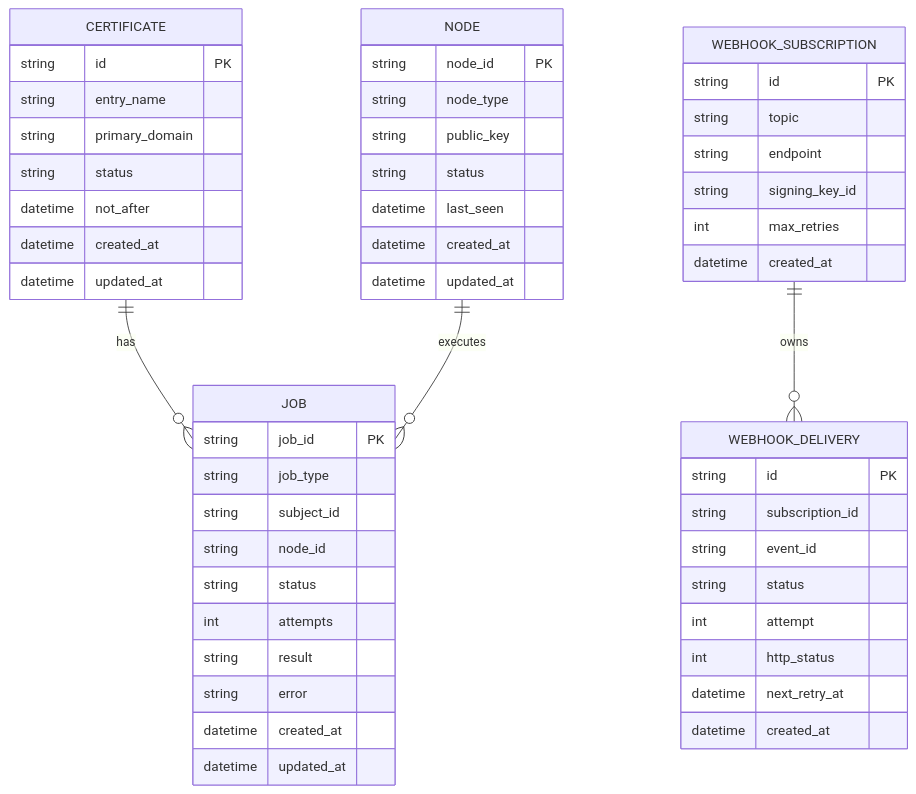
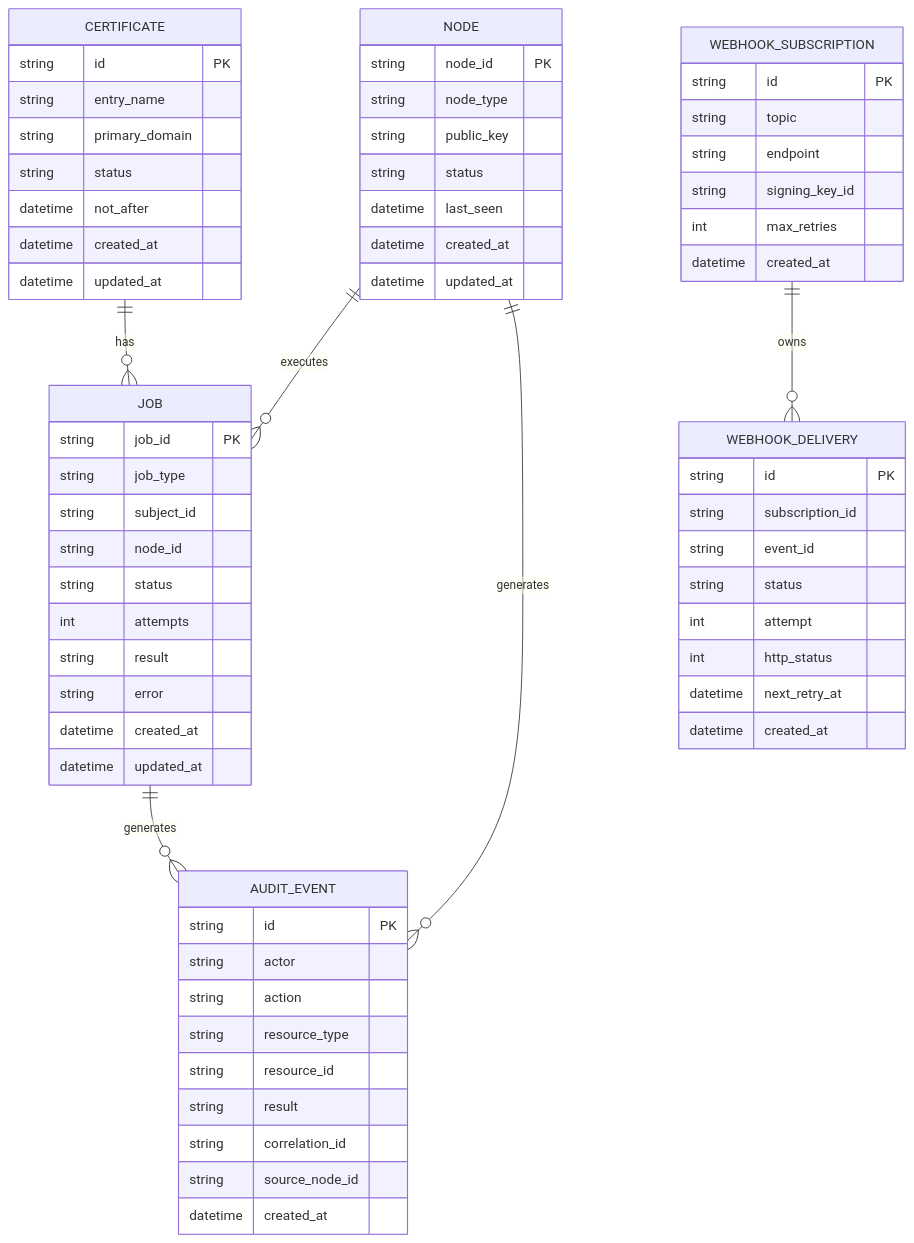
The ninth of 9 diagrams in docs/plans/design-control-plane.md (nickfan/certman), drawn with Mermaid before and after one commit. The commit also changed other lines of this file and 8 other files, not shown here.

````diff
--- a/docs/plans/design-control-plane.md
+++ b/docs/plans/design-control-plane.md
@@ -166,59 +169,73 @@
 ```mermaid
 erDiagram
     CERTIFICATE ||--o{ JOB : has
     NODE ||--o{ JOB : executes
+    JOB ||--o{ AUDIT_EVENT : generates
+    NODE ||--o{ AUDIT_EVENT : generates
     WEBHOOK_SUBSCRIPTION ||--o{ WEBHOOK_DELIVERY : owns
 
     CERTIFICATE {
       string id PK
       string entry_name
       string primary_domain
       string status
       datetime not_after
       datetime created_at
       datetime updated_at
     }
 
     JOB {
       string job_id PK
       string job_type
       string subject_id
       string node_id
       string status
       int attempts
       string result
       string error
       datetime created_at
       datetime updated_at
     }
 
     NODE {
       string node_id PK
       string node_type
       string public_key
       string status
       datetime last_seen
       datetime created_at
       datetime updated_at
     }
 
     WEBHOOK_SUBSCRIPTION {
       string id PK
       string topic
       string endpoint
       string signing_key_id
       int max_retries
       datetime created_at
     }
 
     WEBHOOK_DELIVERY {
       string id PK
       string subscription_id
       string event_id
       string status
       int attempt
       int http_status
       datetime next_retry_at
       datetime created_at
     }
+
+    AUDIT_EVENT {
+      string id PK
+      string actor
+      string action
+      string resource_type
+      string resource_id
+      string result
+      string correlation_id
+      string source_node_id
+      datetime created_at
+    }
 ```
````
